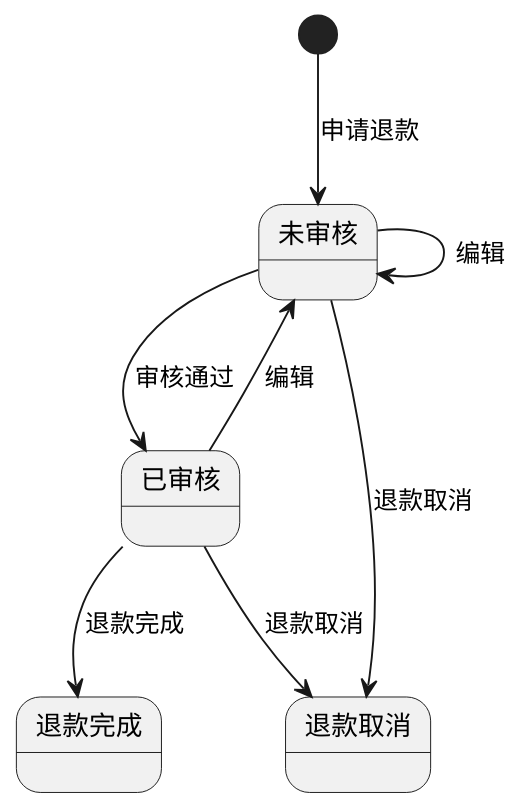
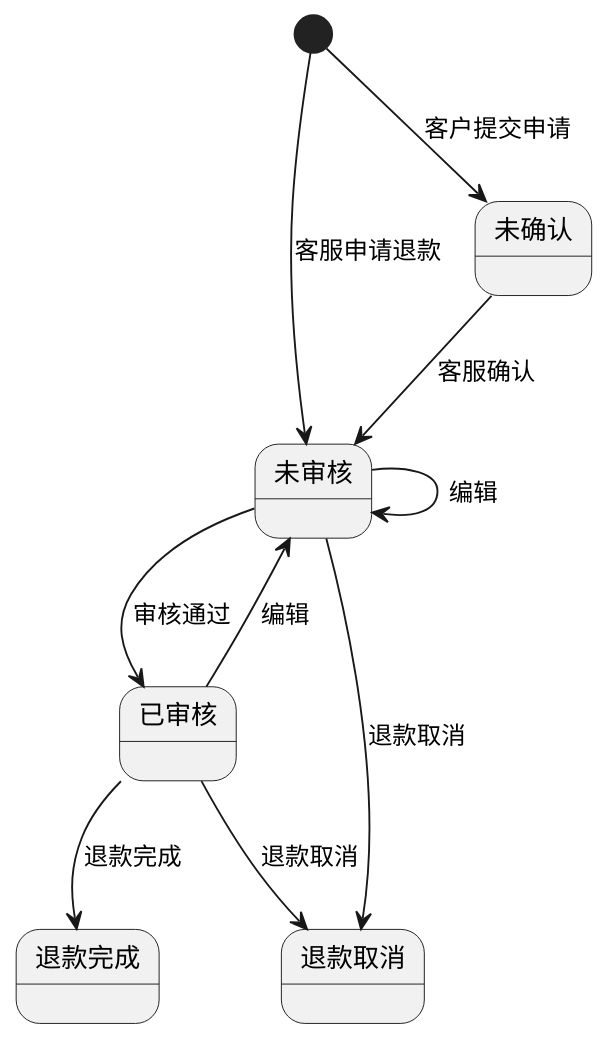
The diagram in doc/refund_state.puml (rushingpig/tiramisu-node), drawn with PlantUML before and after one commit. The commit also changed 14 other files, not shown here.

```diff
--- a/doc/refund_state.puml
+++ b/doc/refund_state.puml
@@ -1,25 +1,29 @@
 @startuml
-scale 350 width
+scale 400 width
 
 state 未审核 {
 }
 
 state 已审核 {
 }
 
 state 退款完成 {
 }
 
 state 退款取消 {
 }
 
-[*] --> 未审核 : 申请退款
+[*] --> 未确认 : 客户提交申请
+
+未确认 --> 未审核 : 客服确认
+
+[*] --> 未审核 : 客服申请退款
 未审核 --> 未审核 : 编辑
 未审核 --> 已审核 : 审核通过
 未审核 --> 退款取消 : 退款取消
 
 已审核 --> 未审核 : 编辑
 已审核 --> 退款取消 : 退款取消
 已审核 --> 退款完成 : 退款完成
 
 @enduml
```
